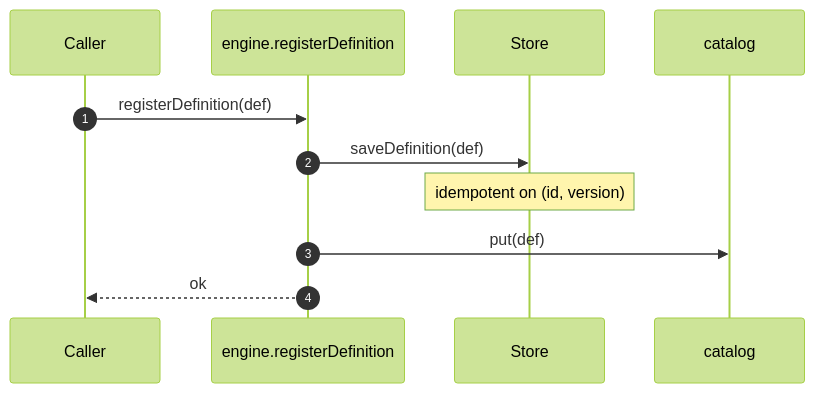
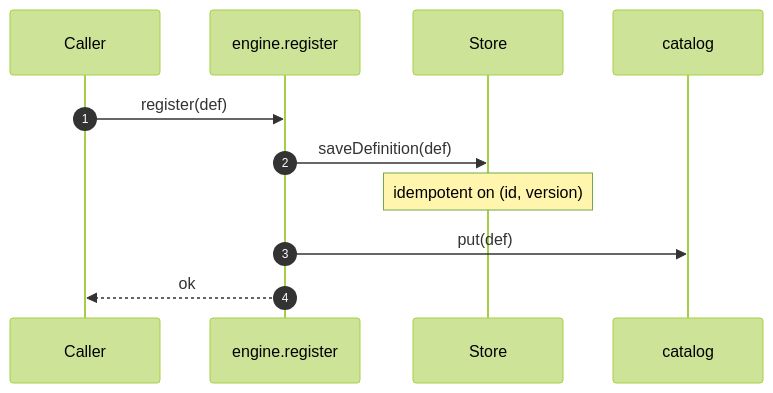
Before and after one commit to foreman-lab/handbook: the third of 3 diagrams in architecture.md, drawn with Mermaid (forest theme). The commit also changed other lines of this file, not shown here.

````diff
--- a/architecture.md
+++ b/architecture.md
@@ -298,14 +332,14 @@
 ```mermaid
 sequenceDiagram
     autonumber
     participant C as Caller
-    participant E as engine.registerDefinition
+    participant E as engine.register
     participant S as Store
     participant Cat as catalog
 
-    C->>E: registerDefinition(def)
+    C->>E: register(def)
     E->>S: saveDefinition(def)
     Note over S: idempotent on (id, version)
     E->>Cat: put(def)
     E-->>C: ok
 ```
````
